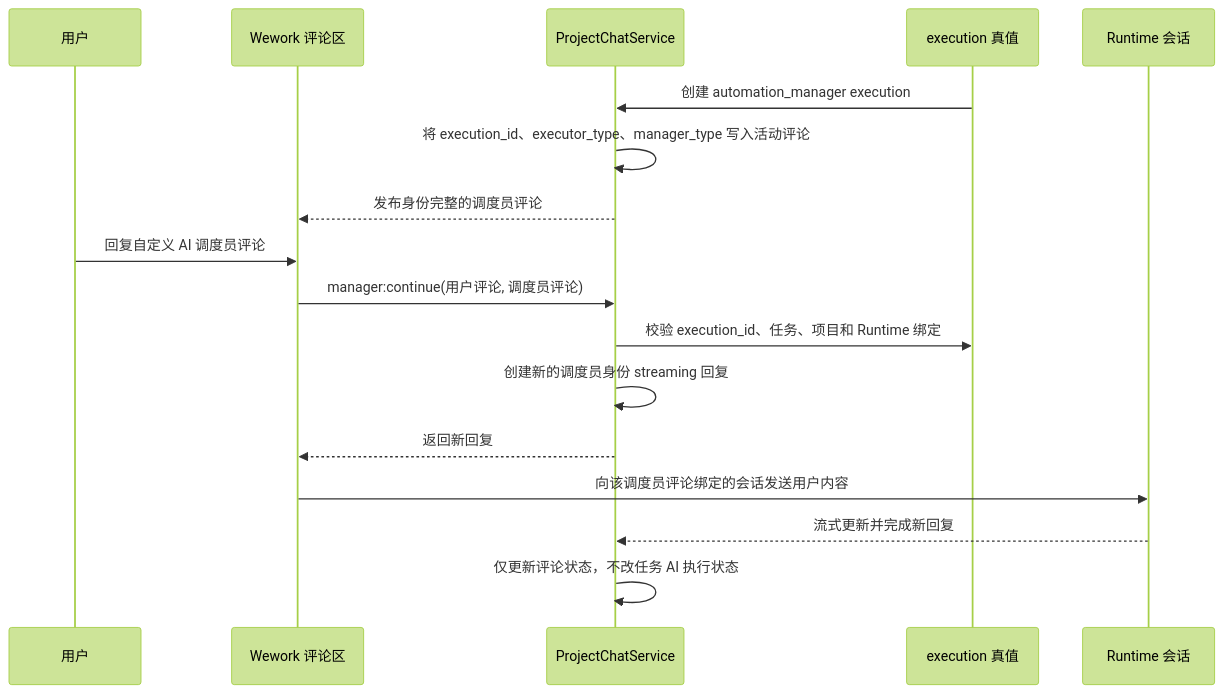
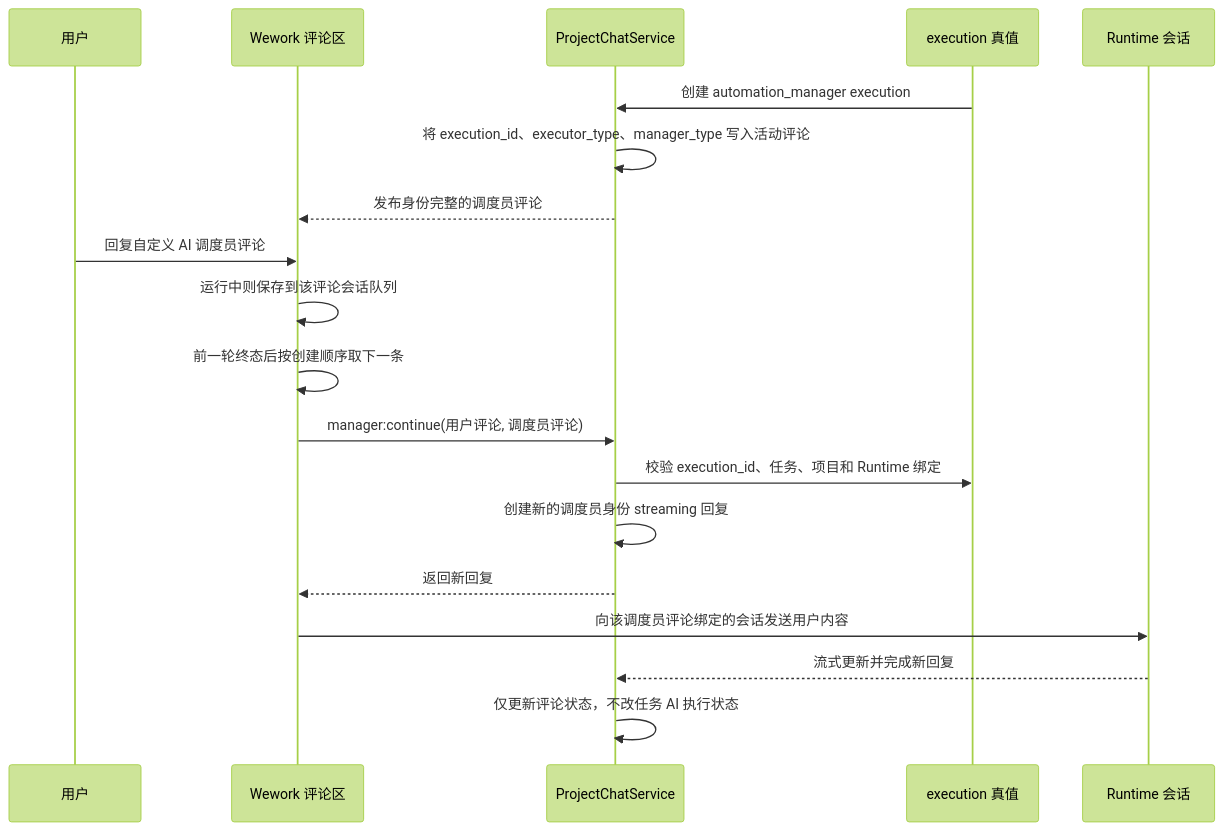
The second of 2 diagrams in docs/zh/architecture/automation-manager-continuation.md (wecode-ai/Wegent), drawn with Mermaid (forest theme) before and after one commit. The commit also changed other lines of this file and 6 other files, not shown here.

````diff
--- a/docs/zh/architecture/automation-manager-continuation.md
+++ b/docs/zh/architecture/automation-manager-continuation.md
@@ -21,20 +22,22 @@
 ```mermaid
 sequenceDiagram
     participant U as 用户
     participant W as Wework 评论区
     participant C as ProjectChatService
     participant X as execution 真值
     participant R as Runtime 会话
 
     X->>C: 创建 automation_manager execution
     C->>C: 将 execution_id、executor_type、manager_type 写入活动评论
     C-->>W: 发布身份完整的调度员评论
     U->>W: 回复自定义 AI 调度员评论
+    W->>W: 运行中则保存到该评论会话队列
+    W->>W: 前一轮终态后按创建顺序取下一条
     W->>C: manager:continue(用户评论, 调度员评论)
     C->>X: 校验 execution_id、任务、项目和 Runtime 绑定
     C->>C: 创建新的调度员身份 streaming 回复
     C-->>W: 返回新回复
     W->>R: 向该调度员评论绑定的会话发送用户内容
     R-->>C: 流式更新并完成新回复
     C->>C: 仅更新评论状态，不改任务 AI 执行状态
 ```
````
